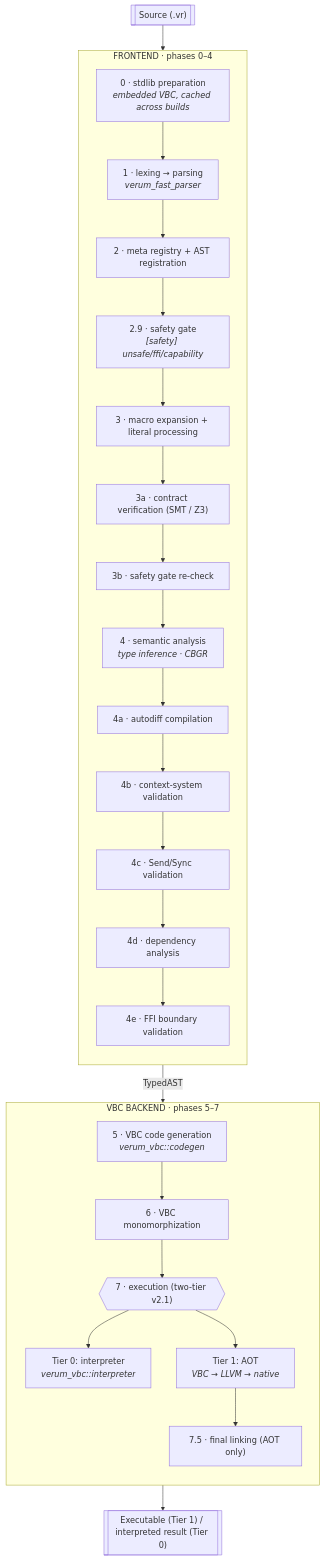
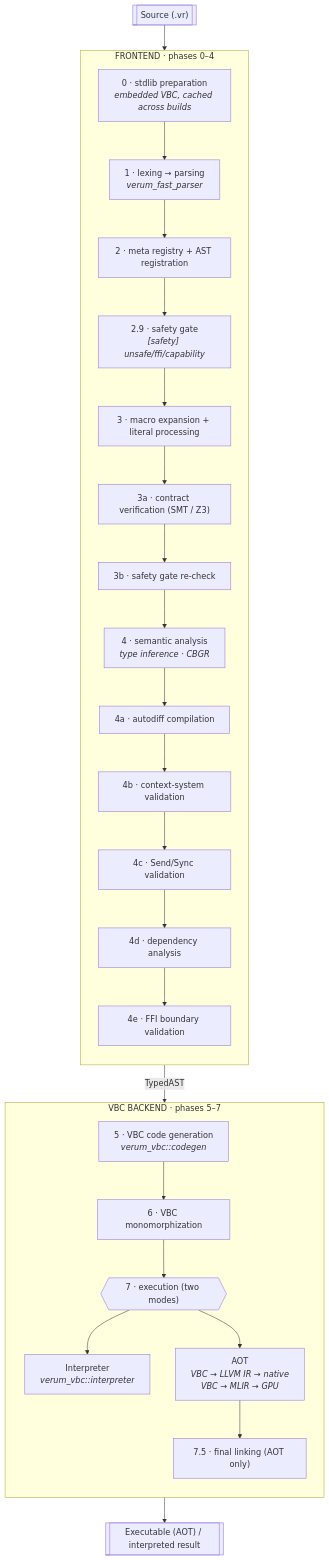
One commit to verum-lang/website changed the first of 2 diagrams in docs/architecture/compilation-pipeline.md. Above: the diagram before and after it, drawn with Mermaid. The commit also changed 10 other files, not shown here.

````diff
--- a/docs/architecture/compilation-pipeline.md
+++ b/docs/architecture/compilation-pipeline.md
@@ -15,42 +15,42 @@
 ```mermaid
 flowchart TD
     SRC[["Source (.vr)"]]
 
     subgraph FE["FRONTEND · phases 0–4"]
         direction TB
         F0["0 · stdlib preparation<br/><i>embedded VBC, cached across builds</i>"]
         F1["1 · lexing → parsing<br/><i>verum_fast_parser</i>"]
         F2["2 · meta registry + AST registration"]
         F29["2.9 · safety gate<br/><i>[safety] unsafe/ffi/capability</i>"]
         F3["3 · macro expansion + literal processing"]
         F3A["3a · contract verification (SMT / Z3)"]
         F3B["3b · safety gate re-check"]
         F4["4 · semantic analysis<br/><i>type inference · CBGR</i>"]
         F4A["4a · autodiff compilation"]
         F4B["4b · context-system validation"]
         F4C["4c · Send/Sync validation"]
         F4D["4d · dependency analysis"]
         F4E["4e · FFI boundary validation"]
         F0 --> F1 --> F2 --> F29 --> F3 --> F3A --> F3B --> F4 --> F4A --> F4B --> F4C --> F4D --> F4E
     end
 
     subgraph BE["VBC BACKEND · phases 5–7"]
         direction TB
         B5["5 · VBC code generation<br/><i>verum_vbc::codegen</i>"]
         B6["6 · VBC monomorphization"]
-        B7{{"7 · execution (two-tier v2.1)"}}
-        B7A["Tier 0: interpreter<br/><i>verum_vbc::interpreter</i>"]
-        B7B["Tier 1: AOT<br/><i>VBC → LLVM → native</i>"]
+        B7{{"7 · execution (two modes)"}}
+        B7A["Interpreter<br/><i>verum_vbc::interpreter</i>"]
+        B7B["AOT<br/><i>VBC → LLVM IR → native<br/>VBC → MLIR → GPU</i>"]
         B75["7.5 · final linking (AOT only)"]
         B5 --> B6 --> B7
         B7 --> B7A
         B7 --> B7B
         B7B --> B75
     end
 
-    OUT[["Executable (Tier 1) / interpreted result (Tier 0)"]]
+    OUT[["Executable (AOT) / interpreted result"]]
 
     SRC --> FE
     FE -- "TypedAST" --> BE
     BE --> OUT
 ```
````
